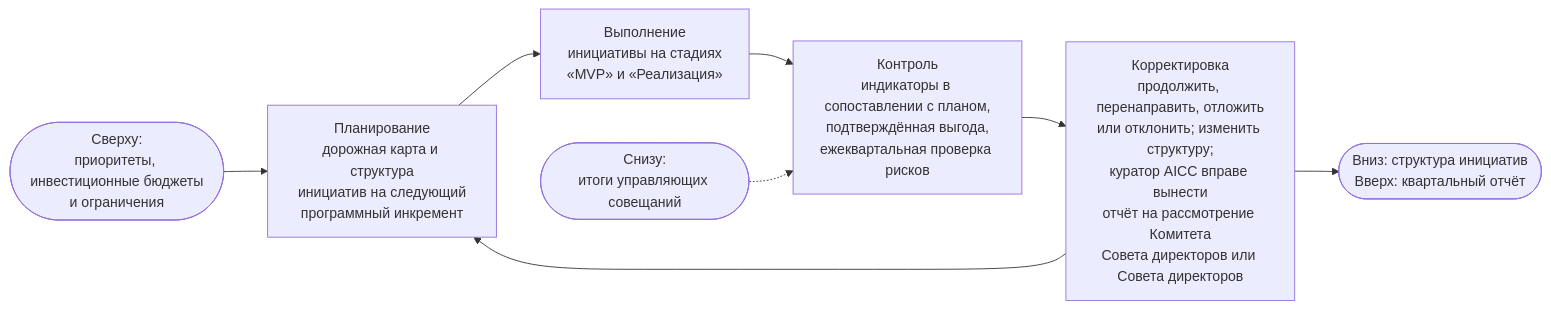
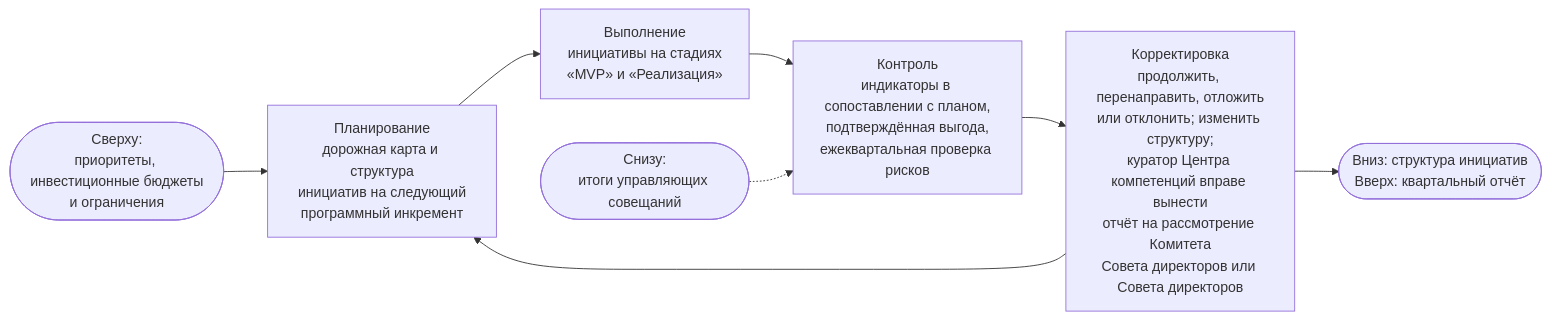
The third of 5 diagrams in portal/content/ru/portfolio/the-loops-and-governance.md (devhogu/ob-aicc), drawn with Mermaid before and after one commit. The commit also changed other lines of this file and 1149 other files, not shown here.

````diff
--- a/portal/content/ru/portfolio/the-loops-and-governance.md
+++ b/portal/content/ru/portfolio/the-loops-and-governance.md
@@ -53,10 +53,10 @@
 ```mermaid
 flowchart LR
   IN(["Сверху:<br/>приоритеты, инвестиционные бюджеты<br/>и ограничения"]) --> P["Планирование<br/>дорожная карта и структура<br/>инициатив на следующий<br/>программный инкремент"]
   P --> D["Выполнение<br/>инициативы на стадиях<br/>«MVP» и «Реализация»"]
   D --> C["Контроль<br/>индикаторы в сопоставлении с планом,<br/>подтверждённая выгода,<br/>ежеквартальная проверка рисков"]
-  C --> A["Корректировка<br/>продолжить, перенаправить, отложить<br/>или отклонить; изменить структуру;<br/>куратор AICC вправе вынести<br/>отчёт на рассмотрение Комитета<br/>Совета директоров или Совета директоров"]
+  C --> A["Корректировка<br/>продолжить, перенаправить, отложить<br/>или отклонить; изменить структуру;<br/>куратор Центра компетенций вправе вынести<br/>отчёт на рассмотрение Комитета<br/>Совета директоров или Совета директоров"]
   A --> P
   EV(["Снизу:<br/>итоги управляющих совещаний"]) -.-> C
   A --> OUT(["Вниз: структура инициатив<br/>Вверх: квартальный отчёт"])
 ```
````
